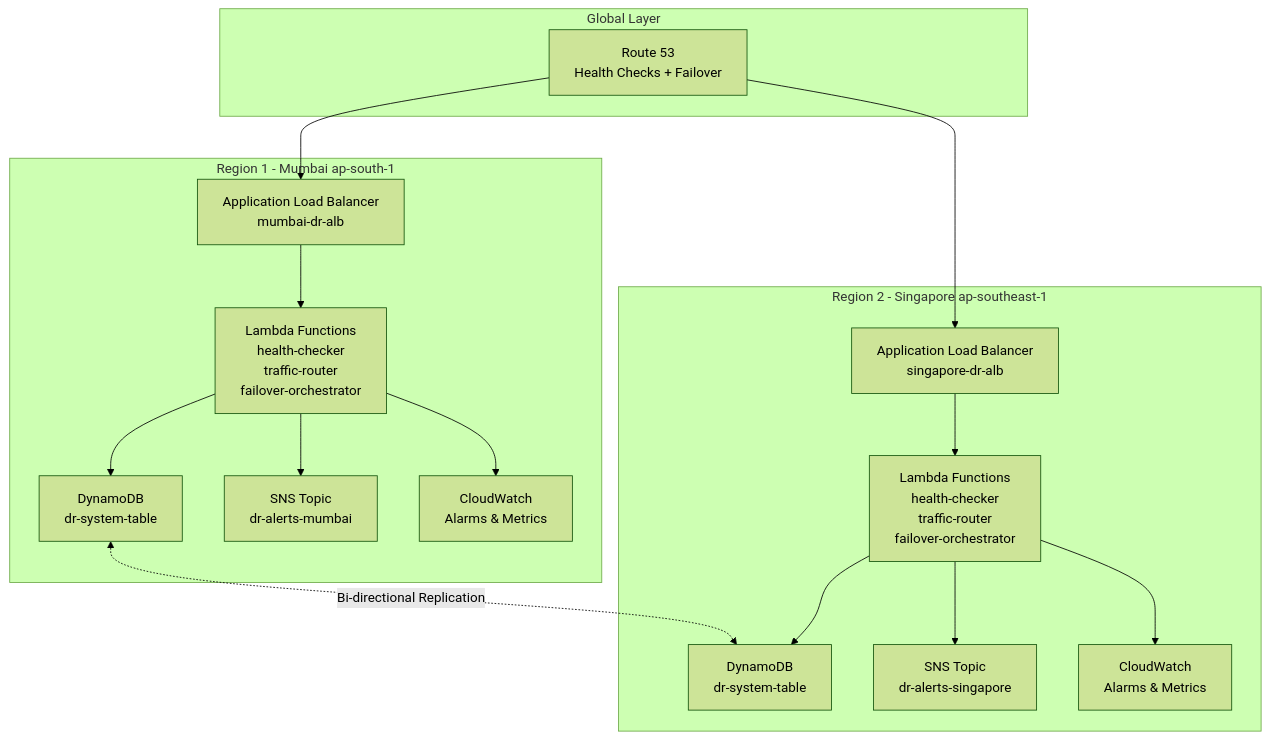
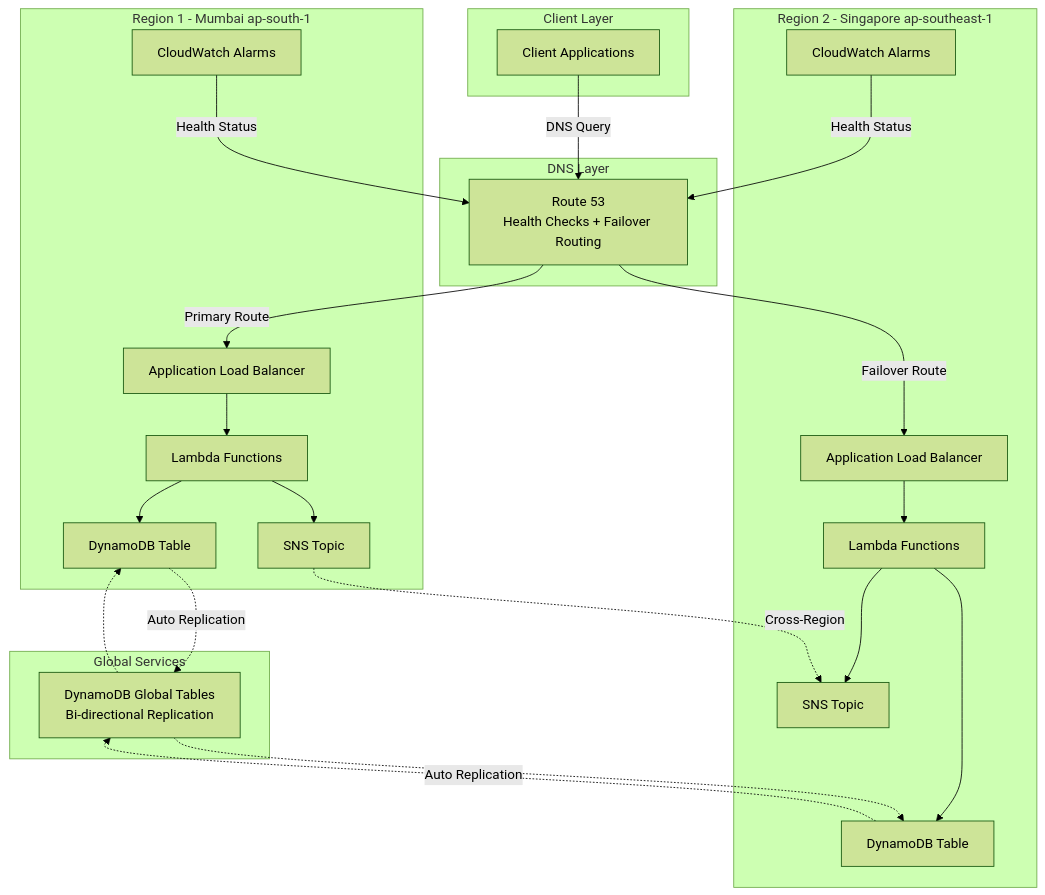
The first of 3 diagrams in README.md (pravindev666/Multi-Region-Active-Disaster-Recovery), drawn with Mermaid (forest theme) before and after one commit. The commit also changed other lines of this file, not shown here.

````diff
--- a/README.md
+++ b/README.md
@@ -7,34 +23,53 @@
 ```mermaid
 graph TB
-    subgraph "Global Layer"
-        R53[Route 53<br/>Health Checks + Failover]
+    subgraph "Client Layer"
+        Client[Client Applications]
+    end
+    
+    subgraph "DNS Layer"
+        R53[Route 53<br/>Health Checks + Failover Routing]
     end
     
     subgraph "Region 1 - Mumbai ap-south-1"
-        ALB1[Application Load Balancer<br/>mumbai-dr-alb]
-        Lambda1[Lambda Functions<br/>health-checker<br/>traffic-router<br/>failover-orchestrator]
-        DDB1[DynamoDB<br/>dr-system-table]
-        SNS1[SNS Topic<br/>dr-alerts-mumbai]
-        CW1[CloudWatch<br/>Alarms & Metrics]
+        ALB1[Application Load Balancer]
+        Lambda1[Lambda Functions]
+        DDB1[DynamoDB Table]
+        SNS1[SNS Topic]
+        CW1[CloudWatch Alarms]
     end
     
     subgraph "Region 2 - Singapore ap-southeast-1"
-        ALB2[Application Load Balancer<br/>singapore-dr-alb]
-        Lambda2[Lambda Functions<br/>health-checker<br/>traffic-router<br/>failover-orchestrator]
-        DDB2[DynamoDB<br/>dr-system-table]
-        SNS2[SNS Topic<br/>dr-alerts-singapore]
-        CW2[CloudWatch<br/>Alarms & Metrics]
+        ALB2[Application Load Balancer]
+        Lambda2[Lambda Functions]
+        DDB2[DynamoDB Table]
+        SNS2[SNS Topic]
+        CW2[CloudWatch Alarms]
     end
     
-    R53 --> ALB1
-    R53 --> ALB2
+    subgraph "Global Services"
+        GT[DynamoDB Global Tables<br/>Bi-directional Replication]
+    end
+    
+    Client -->|DNS Query| R53
+    R53 -->|Primary Route| ALB1
+    R53 -->|Failover Route| ALB2
+    
     ALB1 --> Lambda1
     ALB2 --> Lambda2
+    
     Lambda1 --> DDB1
     Lambda2 --> DDB2
-    DDB1 <-.Bi-directional Replication.-> DDB2
+    
+    DDB1 -.->|Auto Replication| GT
+    DDB2 -.->|Auto Replication| GT
+    GT -.-> DDB1
+    GT -.-> DDB2
+    
     Lambda1 --> SNS1
     Lambda2 --> SNS2
-    Lambda1 --> CW1
-    Lambda2 --> CW2
+    
+    CW1 -->|Health Status| R53
+    CW2 -->|Health Status| R53
+    
+    SNS1 -.->|Cross-Region| SNS2
 ```
````
